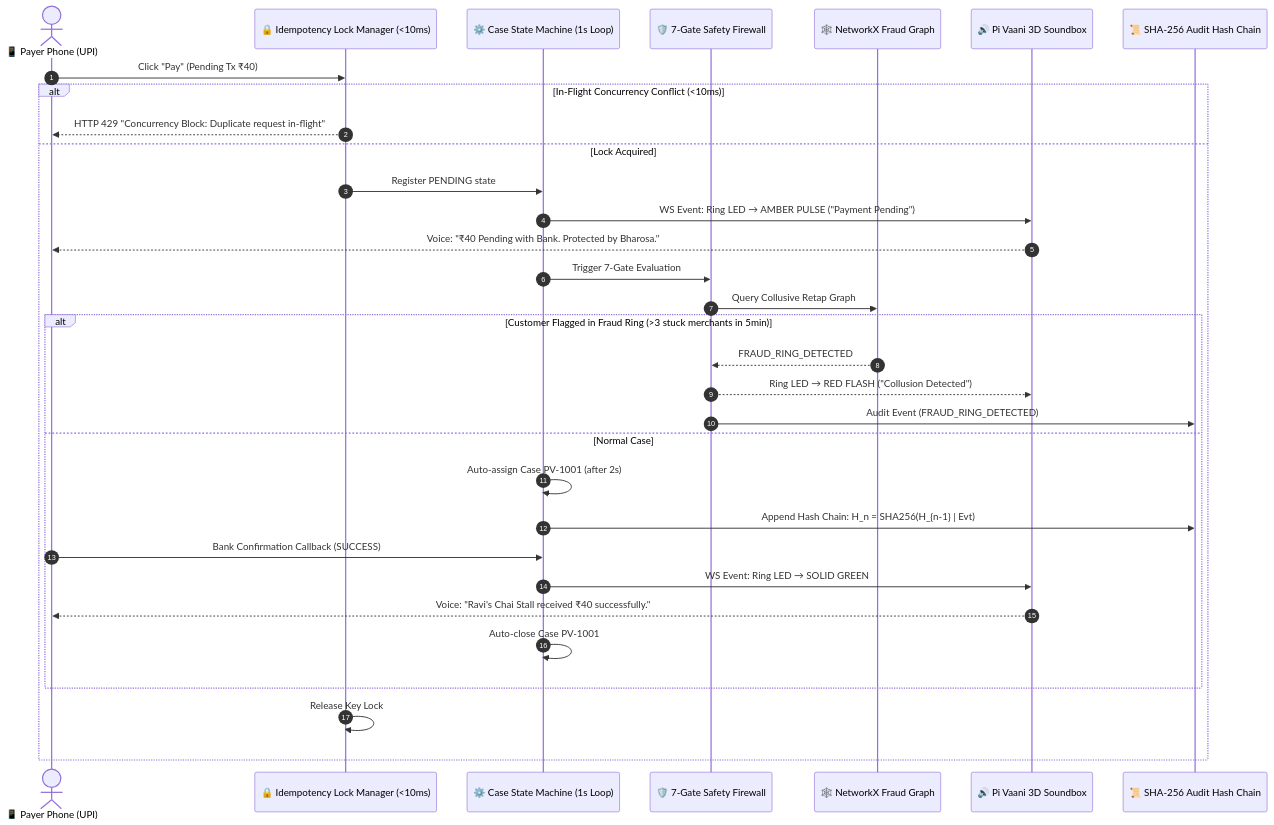
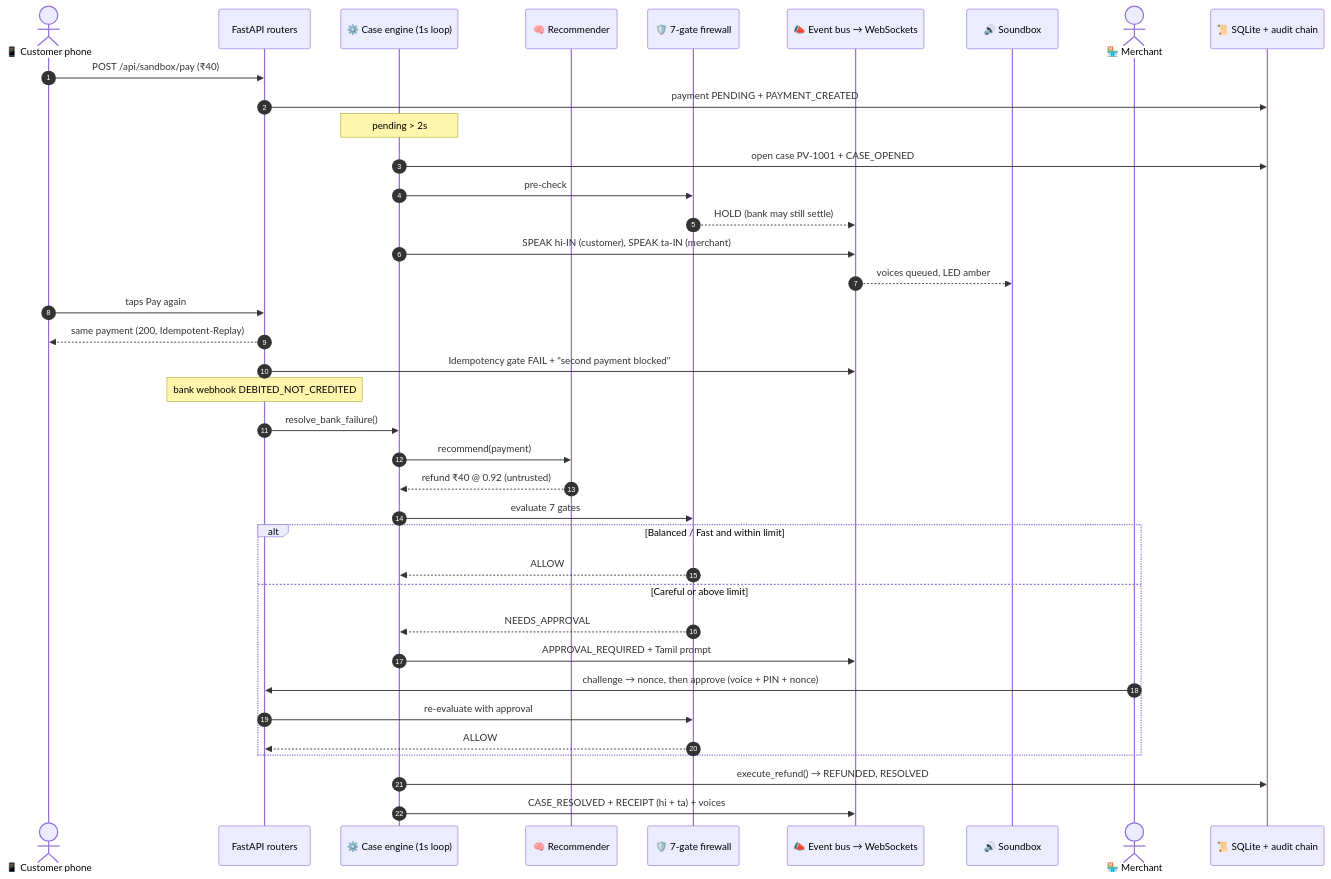
One commit to Noufalthecoder/pivaani changed the second of 4 diagrams in README.md. Above: the diagram before and after it, drawn with Mermaid. The commit also changed other lines of this file and 33 other files, not shown here.

````diff
--- a/README.md
+++ b/README.md
@@ -73,36 +146,41 @@
 ```mermaid
 sequenceDiagram
     autonumber
-    actor Customer as 📱 Payer Phone (UPI)
-    participant Lock as 🔒 Idempotency Lock Manager (<10ms)
-    participant Core as ⚙️ Case State Machine (1s Loop)
-    participant Firewall as 🛡️ 7-Gate Safety Firewall
-    participant Fraud as 🕸️ NetworkX Fraud Graph
-    participant Soundbox as 🔊 Pi Vaani 3D Soundbox
-    participant Ledger as 📜 SHA-256 Audit Hash Chain
+    actor C as 📱 Customer phone
+    participant API as FastAPI routers
+    participant CE as ⚙️ Case engine (1s loop)
+    participant R as 🧠 Recommender
+    participant FW as 🛡️ 7-gate firewall
+    participant BUS as 📣 Event bus → WebSockets
+    participant SB as 🔊 Soundbox
+    actor M as 🏪 Merchant
+    participant DB as 📜 SQLite + audit chain
 
-    Customer->>Lock: Click "Pay" (Pending Tx ₹40)
-    alt In-Flight Concurrency Conflict (<10ms)
-        Lock-->>Customer: HTTP 429 "Concurrency Block: Duplicate request in-flight"
-    else Lock Acquired
-        Lock->>Core: Register PENDING state
-        Core->>Soundbox: WS Event: Ring LED → AMBER PULSE ("Payment Pending")
-        Soundbox-->>Customer: Voice: "₹40 Pending with Bank. Protected by Bharosa."
-        
-        Core->>Firewall: Trigger 7-Gate Evaluation
-        Firewall->>Fraud: Query Collusive Retap Graph
-        alt Customer Flagged in Fraud Ring (>3 stuck merchants in 5min)
-            Fraud-->>Firewall: FRAUD_RING_DETECTED
-            Firewall-->>Soundbox: Ring LED → RED FLASH ("Collusion Detected")
-            Firewall->>Ledger: Audit Event (FRAUD_RING_DETECTED)
-        else Normal Case
-            Core->>Core: Auto-assign Case PV-1001 (after 2s)
-            Core->>Ledger: Append Hash Chain: H_n = SHA256(H_{n-1} | Evt)
-            Customer->>Core: Bank Confirmation Callback (SUCCESS)
-            Core->>Soundbox: WS Event: Ring LED → SOLID GREEN
-            Soundbox-->>Customer: Voice: "Ravi's Chai Stall received ₹40 successfully."
-            Core->>Core: Auto-close Case PV-1001
-        end
-        Lock->>Lock: Release Key Lock
+    C->>API: POST /api/sandbox/pay (₹40)
+    API->>DB: payment PENDING + PAYMENT_CREATED
+    Note over CE: pending > 2s
+    CE->>DB: open case PV-1001 + CASE_OPENED
+    CE->>FW: pre-check
+    FW-->>BUS: HOLD (bank may still settle)
+    CE->>BUS: SPEAK hi-IN (customer), SPEAK ta-IN (merchant)
+    BUS-->>SB: voices queued, LED amber
+    C->>API: taps Pay again
+    API-->>C: same payment (200, Idempotent-Replay)
+    API->>BUS: Idempotency gate FAIL + "second payment blocked"
+    Note over API: bank webhook DEBITED_NOT_CREDITED
+    API->>CE: resolve_bank_failure()
+    CE->>R: recommend(payment)
+    R-->>CE: refund ₹40 @ 0.92 (untrusted)
+    CE->>FW: evaluate 7 gates
+    alt Balanced / Fast and within limit
+        FW-->>CE: ALLOW
+    else Careful or above limit
+        FW-->>CE: NEEDS_APPROVAL
+        CE->>BUS: APPROVAL_REQUIRED + Tamil prompt
+        M->>API: challenge → nonce, then approve (voice + PIN + nonce)
+        API->>FW: re-evaluate with approval
+        FW-->>API: ALLOW
     end
+    CE->>DB: execute_refund() → REFUNDED, RESOLVED
+    CE->>BUS: CASE_RESOLVED + RECEIPT (hi + ta) + voices
 ```
````
